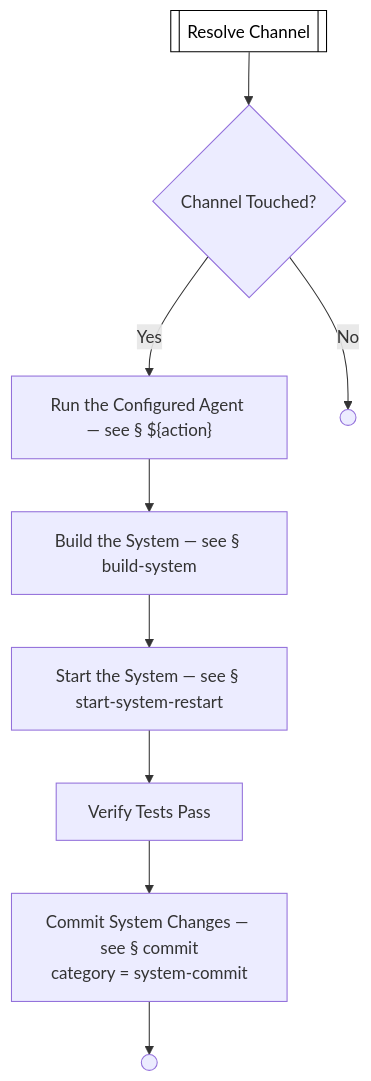
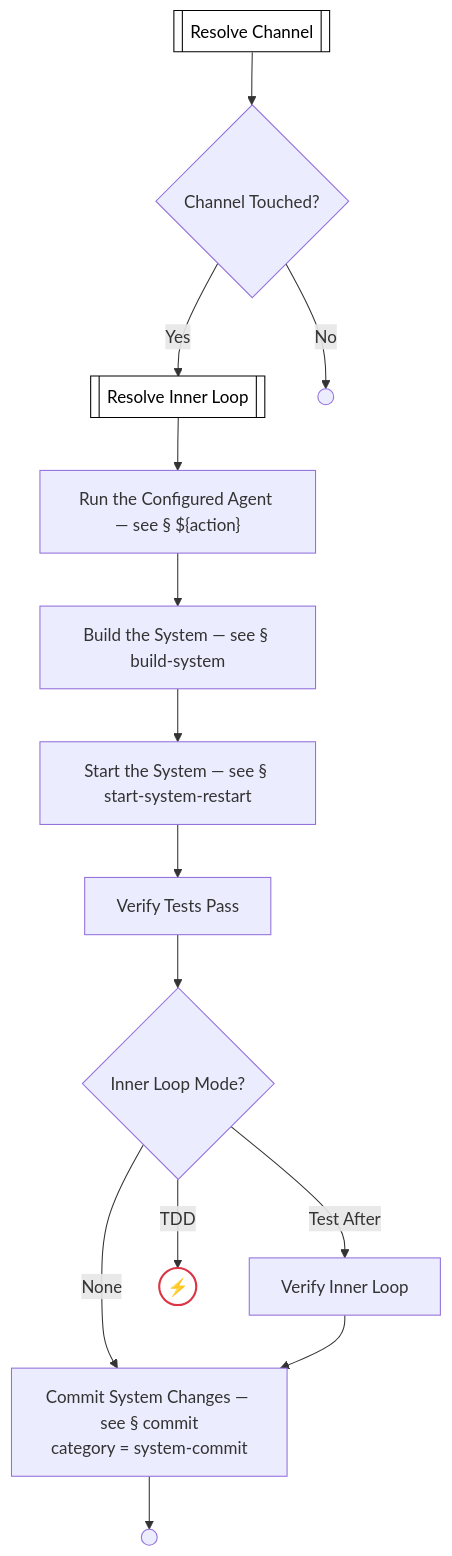
Before and after one commit to optivem/gh-optivem: diagram 19 of 55 in docs/process-diagram.md, drawn with Mermaid. The commit also changed other lines of this file and 4 other files, not shown here.

Commit message:
atdd: regenerate process-flow diagram

````diff
--- a/docs/process-diagram.md
+++ b/docs/process-diagram.md
@@ -400,24 +400,36 @@
 ```mermaid
 flowchart TD
     RESOLVE_CHANNEL[[Resolve Channel]]
     GATE_CHANNEL_TOUCHED{Channel Touched?}
+    RESOLVE_INNER_LOOP[[Resolve Inner Loop]]
+    CHANNEL_SKIPPED(( ))
     RUN_ACTION["Run the Configured Agent — see § ${action}"]
-    CHANNEL_SKIPPED(( ))
     BUILD_SYSTEM[Build the System — see § build-system]
     START_SYSTEM[Start the System — see § start-system-restart]
     VERIFY_TESTS_PASS[Verify Tests Pass]
+    GATE_INNER_LOOP{Inner Loop Mode?}
     COMMIT_SYSTEM["Commit System Changes — see § commit<br/>category = system-commit"]
+    VERIFY_INNER_LOOP[Verify Inner Loop]
+    INNER_LOOP_TDD_UNSUPPORTED((⚡))
     IMPL_AND_VERIFY_SYSTEM_END(( ))
 
     RESOLVE_CHANNEL --> GATE_CHANNEL_TOUCHED
-    GATE_CHANNEL_TOUCHED -- Yes --> RUN_ACTION
+    GATE_CHANNEL_TOUCHED -- Yes --> RESOLVE_INNER_LOOP
     GATE_CHANNEL_TOUCHED -- No --> CHANNEL_SKIPPED
+    RESOLVE_INNER_LOOP --> RUN_ACTION
     RUN_ACTION --> BUILD_SYSTEM
     BUILD_SYSTEM --> START_SYSTEM
     START_SYSTEM --> VERIFY_TESTS_PASS
-    VERIFY_TESTS_PASS --> COMMIT_SYSTEM
+    VERIFY_TESTS_PASS --> GATE_INNER_LOOP
+    GATE_INNER_LOOP -- None --> COMMIT_SYSTEM
+    GATE_INNER_LOOP -- Test After --> VERIFY_INNER_LOOP
+    GATE_INNER_LOOP -- TDD --> INNER_LOOP_TDD_UNSUPPORTED
+    VERIFY_INNER_LOOP --> COMMIT_SYSTEM
     COMMIT_SYSTEM --> IMPL_AND_VERIFY_SYSTEM_END
 
     classDef serviceNode fill:#ffffff,stroke:#000000,stroke-width:1px,color:#000000
-    class RESOLVE_CHANNEL serviceNode
+    class RESOLVE_CHANNEL,RESOLVE_INNER_LOOP serviceNode
+
+    classDef errorEndNode fill:#ffffff,stroke:#dc3545,stroke-width:2px,color:#000000
+    class INNER_LOOP_TDD_UNSUPPORTED errorEndNode
 ```
````
